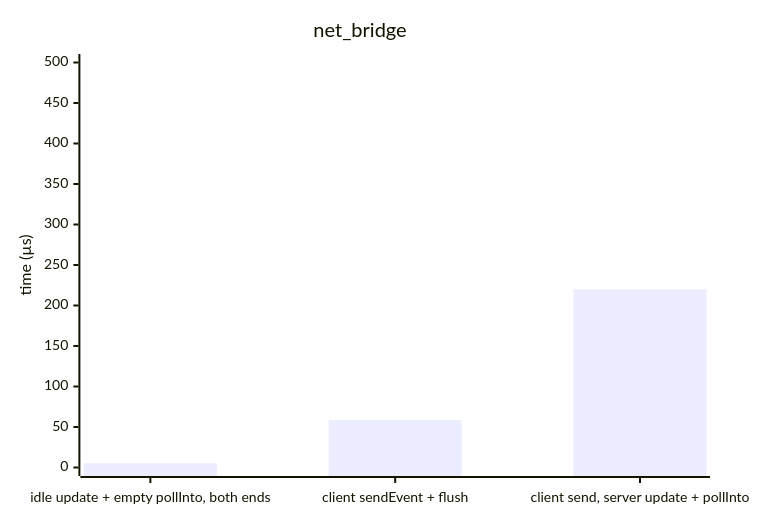
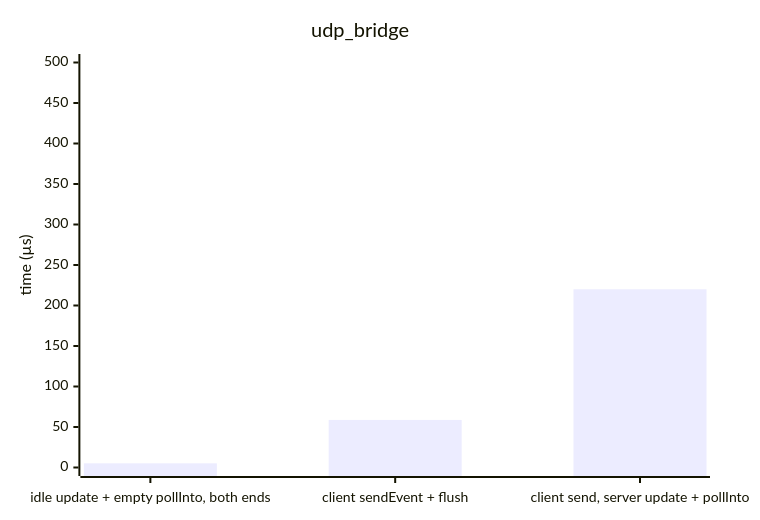
The ninth of 12 diagrams in BENCHMARKS.md (DreamWeave-MP/l3i), drawn with Mermaid before and after one commit. The commit also changed other lines of this file and 21 other files, not shown here.

````diff
--- a/BENCHMARKS.md
+++ b/BENCHMARKS.md
@@ -176,7 +176,7 @@
 ```mermaid
 xychart-beta
-    title "net_bridge"
+    title "udp_bridge"
     x-axis ["idle update + empty pollInto, both ends", "client sendEvent + flush", "client send, server update + pollInto"]
     y-axis "time (µs)" 0 --> 500.00
     bar [5.13, 58.72, 220.03]
 ```
````
